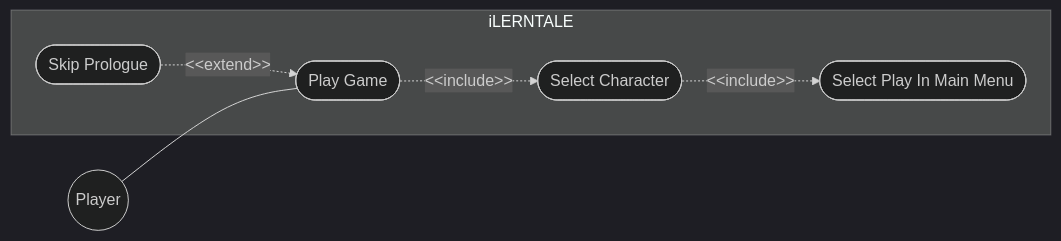
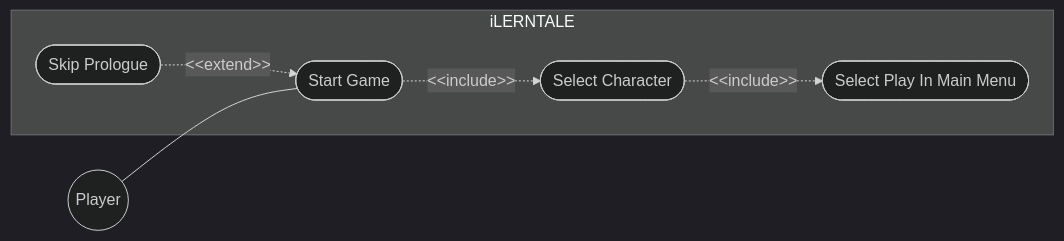
Before and after one commit to antondm11/DiagramTest-iLERNTALE: the second of 5 diagrams in README.md, drawn with Mermaid (dark theme).

````diff
--- a/README.md
+++ b/README.md
@@ -50,33 +50,31 @@
 ``` mermaid
 
 graph LR
 %% DIAGRAMA DE CASOS DE USO - INICIAR PARTIDA
 
 %% Definir Actores
 Player((Player))
 
 %% Definir límite del Sistema y Acciones
 subgraph "iLERNTALE"
-CU1([Play Game])
+CU1([Start Game])
 CU2([Select Play In Main Menu])
 CU3([Select Character])
 CU4([Skip Prologue])
 
 %% Definir relaciones especiales (include y extend)
 
 %% Relación include (obligatoria). Es obligatorio seleccionar Personaje para Iniciar Partida
 CU1 -.->|&lt;&lt;include&gt;&gt;| CU3
 
 %% Relación include (obligatoria). Es obligatorio pulsar Play para Iniciar Partida (y seleccionar personaje)
 CU3 -.->|&lt;&lt;include&gt;&gt;| CU2
 
 %% Relación extend (opcional). Es opcional saltar el prólogo al Iniciar Partida
 CU4 -.->|&lt;&lt;extend&gt;&gt;| CU1
-
 end
 
 %% Definir relaciones Actor/Casos de Uso
 Player --- CU1
 
-
 ```
````
